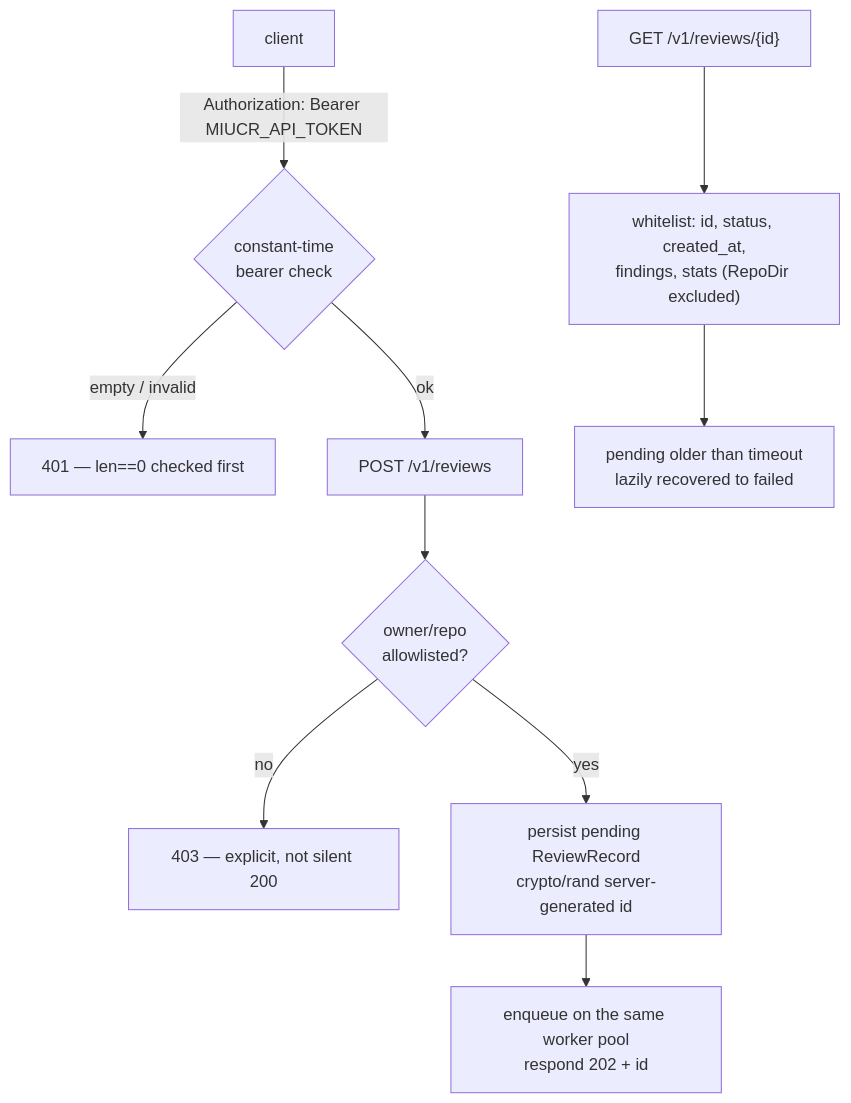
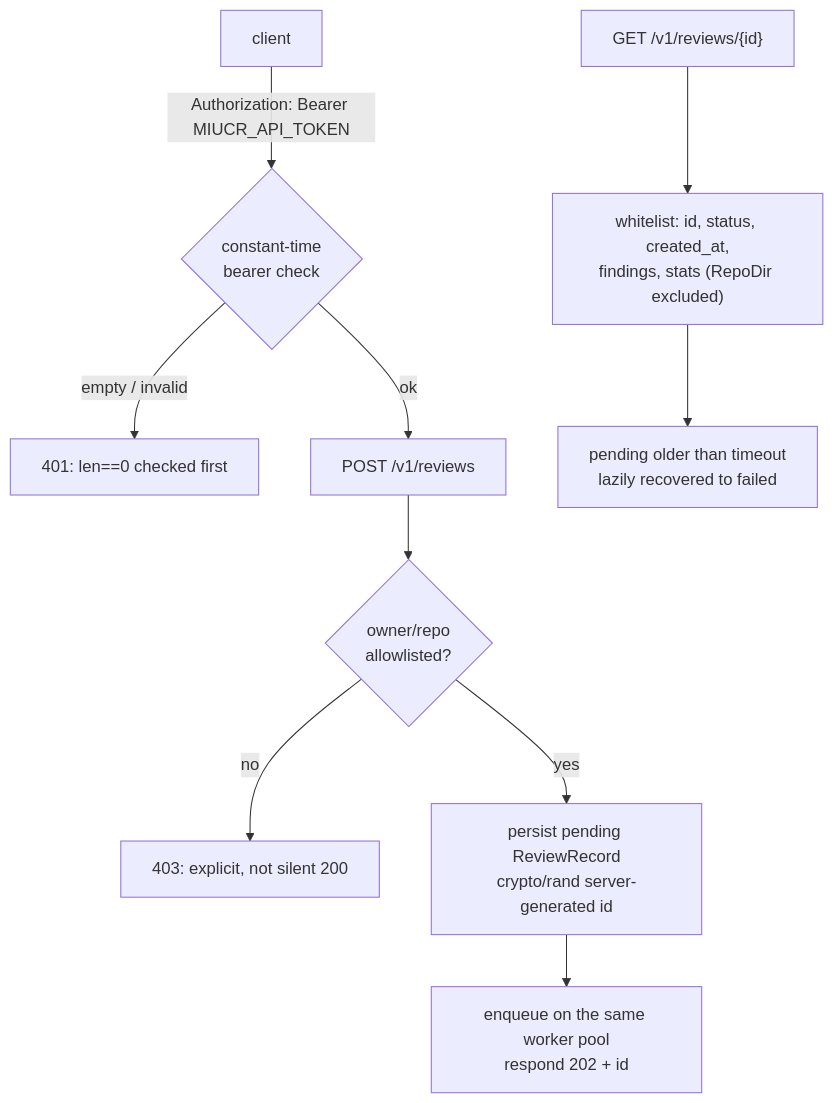
Before and after one commit to vanducng/miu-cr: the ninth of 10 diagrams in docs/content/architecture.md, drawn with Mermaid. The commit also changed other lines of this file and 40 other files, not shown here.

````diff
--- a/docs/content/architecture.md
+++ b/docs/content/architecture.md
@@ -379,12 +379,12 @@
 ```mermaid
 flowchart TD
     C["client"] -->|"Authorization: Bearer MIUCR_API_TOKEN"| Auth{"constant-time<br/>bearer check"}
-    Auth -->|"empty / invalid"| E401["401 — len==0 checked first"]
+    Auth -->|"empty / invalid"| E401["401: len==0 checked first"]
     Auth -->|"ok"| Post["POST /v1/reviews"]
     Post --> AL{"owner/repo<br/>allowlisted?"}
-    AL -->|"no"| E403["403 — explicit, not silent 200"]
+    AL -->|"no"| E403["403: explicit, not silent 200"]
     AL -->|"yes"| Persist["persist pending ReviewRecord<br/>crypto/rand server-generated id"]
     Persist --> Enqueue["enqueue on the same worker pool<br/>respond 202 + id"]
     Get["GET /v1/reviews/{id}"] --> WL["whitelist: id, status, created_at,<br/>findings, stats (RepoDir excluded)"]
     WL --> Lazy["pending older than timeout<br/>lazily recovered to failed"]
 ```
````
